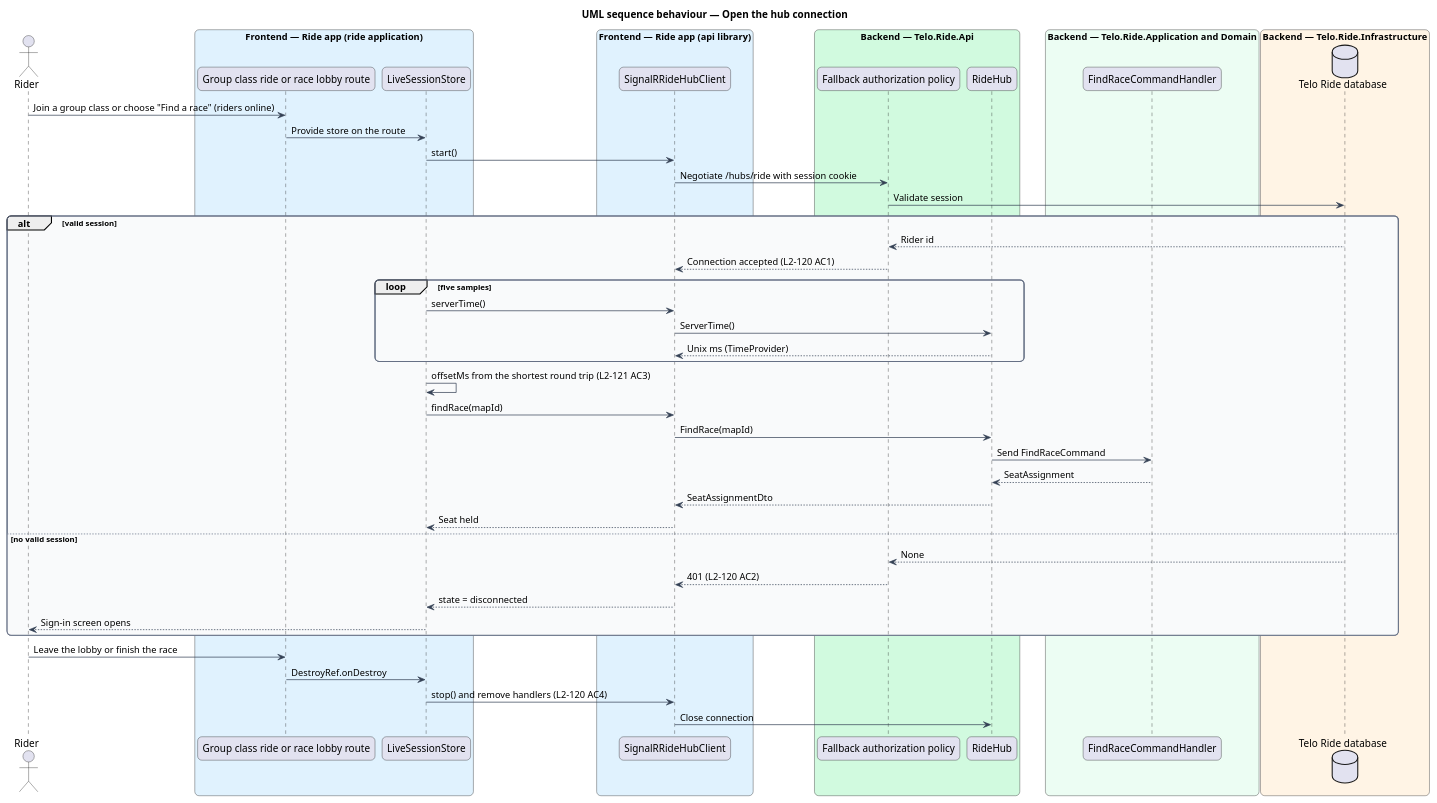
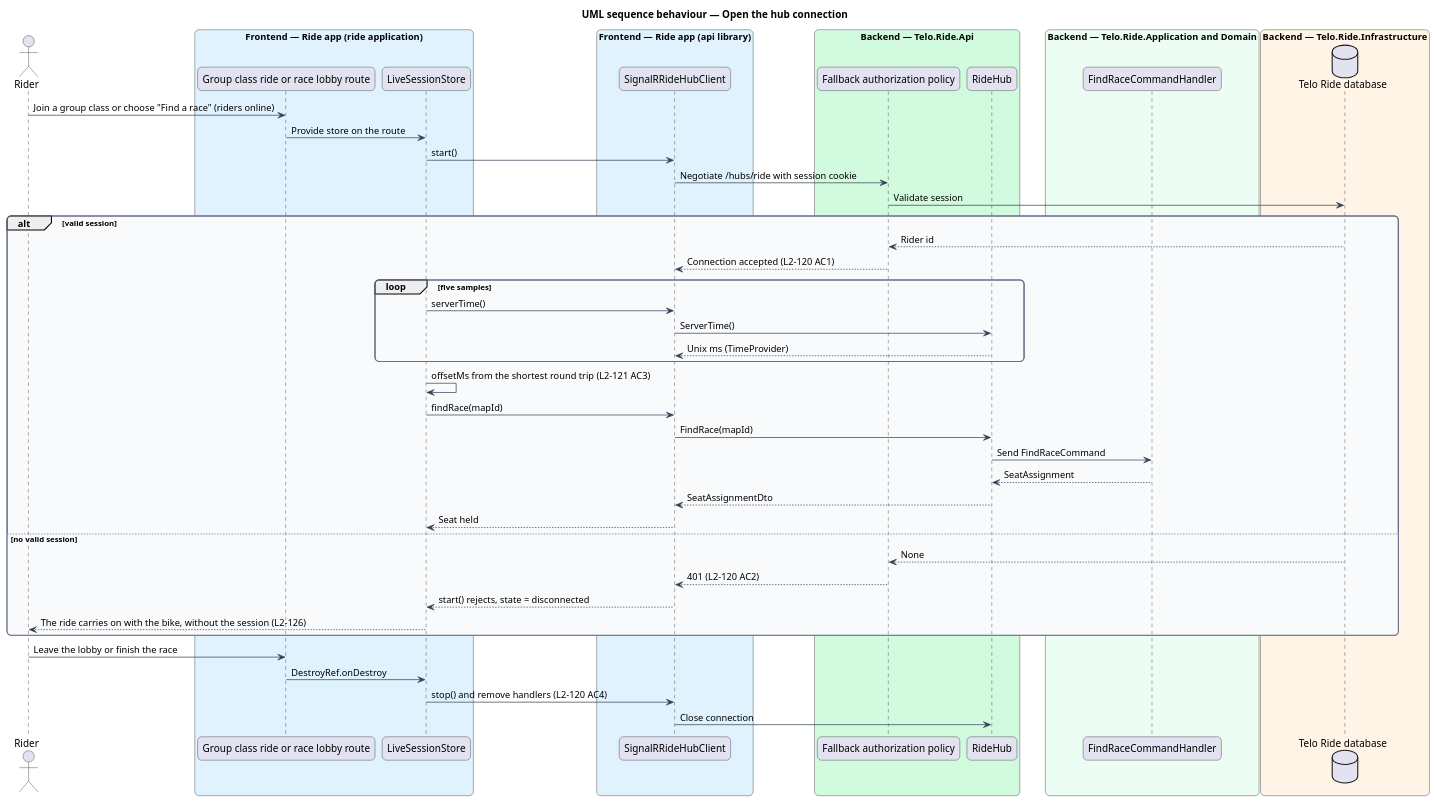
The diagram in docs/detailed-designs/multiplayer/connect-to-the-ride-hub/diagrams/sequence-open-the-connection.puml (QuinntyneBrown/ride-one), drawn with PlantUML before and after one commit. The commit also changed 1 other file, not shown here.

Commit message:
Show a refused hub connection leaving the ride to the bike (slice 14.1)

```diff
--- a/docs/detailed-designs/multiplayer/connect-to-the-ride-hub/diagrams/sequence-open-the-connection.puml
+++ b/docs/detailed-designs/multiplayer/connect-to-the-ride-hub/diagrams/sequence-open-the-connection.puml
@@ -1,65 +1,65 @@
 @startuml
 title UML sequence behaviour — Open the hub connection
 skinparam backgroundColor #FFFFFF
 skinparam shadowing false
 skinparam roundcorner 12
 skinparam defaultFontName Arial
 skinparam ArrowColor #344054
 skinparam rectangle {
   BorderColor #344054
   FontColor #101828
 }
 skinparam package {
   BorderColor #667085
   FontColor #101828
   BackgroundColor #F9FAFB
 }
 actor "Rider" as actor
 box "Frontend — Ride app (ride application)" #E0F2FE
   participant "Group class ride or race lobby route" as route
   participant "LiveSessionStore" as store
 end box
 box "Frontend — Ride app (api library)" #E0F2FE
   participant "SignalRRideHubClient" as client
 end box
 box "Backend — Telo.Ride.Api" #D1FADF
   participant "Fallback authorization policy" as auth
   participant "RideHub" as hub
 end box
 box "Backend — Telo.Ride.Application and Domain" #ECFDF3
   participant "FindRaceCommandHandler" as handler
 end box
 box "Backend — Telo.Ride.Infrastructure" #FFF4E5
   database "Telo Ride database" as db
 end box
 actor -> route : Join a group class or choose "Find a race" (riders online)
 route -> store : Provide store on the route
 store -> client : start()
 client -> auth : Negotiate /hubs/ride with session cookie
 auth -> db : Validate session
 alt valid session
   db --> auth : Rider id
   auth --> client : Connection accepted (L2-120 AC1)
   loop five samples
     store -> client : serverTime()
     client -> hub : ServerTime()
     hub --> client : Unix ms (TimeProvider)
   end
   store -> store : offsetMs from the shortest round trip (L2-121 AC3)
   store -> client : findRace(mapId)
   client -> hub : FindRace(mapId)
   hub -> handler : Send FindRaceCommand
   handler --> hub : SeatAssignment
   hub --> client : SeatAssignmentDto
   client --> store : Seat held
 else no valid session
   db --> auth : None
   auth --> client : 401 (L2-120 AC2)
-  client --> store : state = disconnected
-  store --> actor : Sign-in screen opens
+  client --> store : start() rejects, state = disconnected
+  store --> actor : The ride carries on with the bike, without the session (L2-126)
 end
 actor -> route : Leave the lobby or finish the race
 route -> store : DestroyRef.onDestroy
 store -> client : stop() and remove handlers (L2-120 AC4)
 client -> hub : Close connection
 @enduml
```
